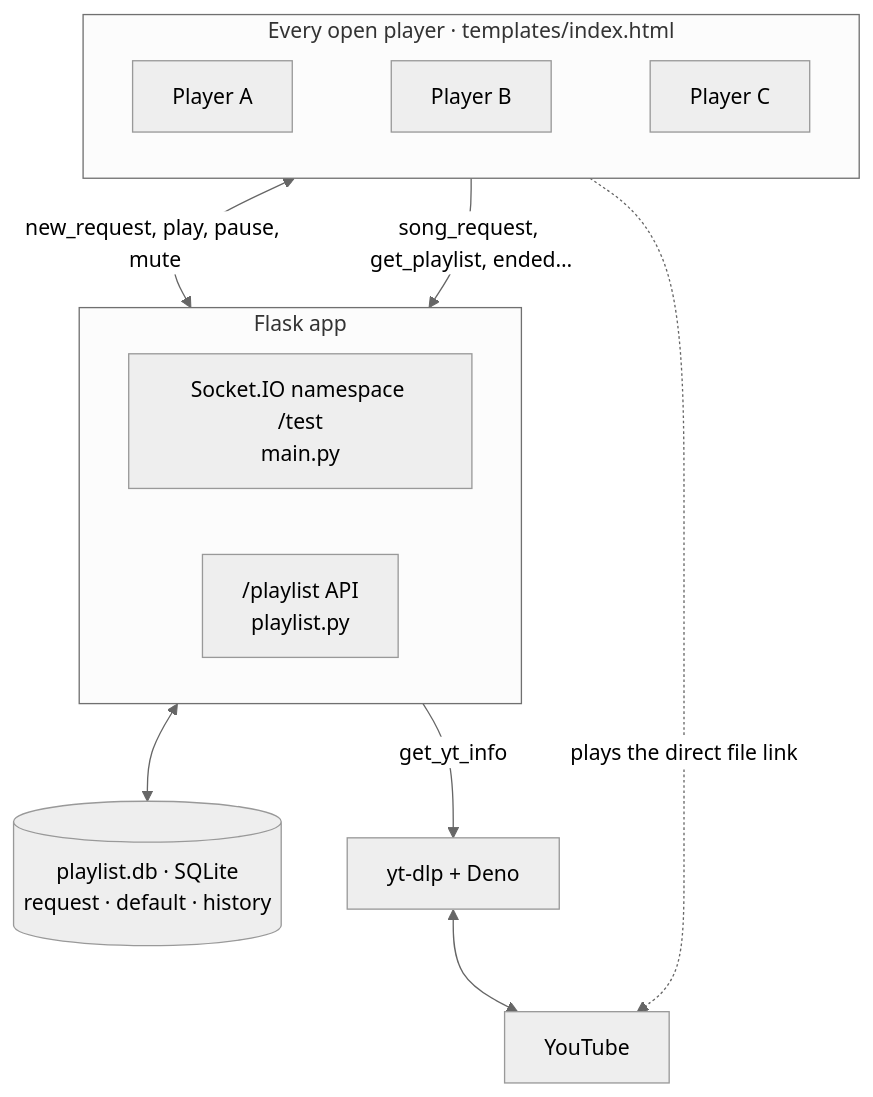
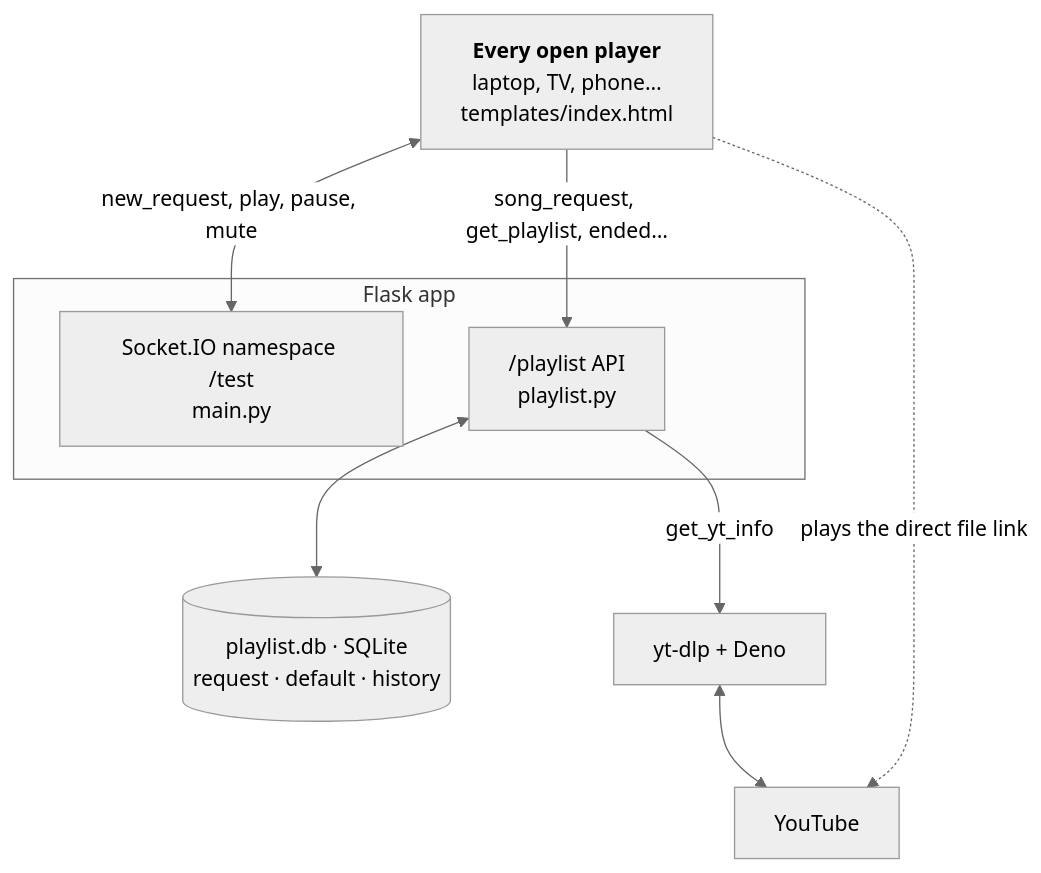
One commit to NatLee/youtube-redirect-player changed the second of 2 diagrams in README.md. Above: the diagram before and after it, drawn with Mermaid (neutral theme).

Commit message:
docs: draw the players as one box in the architecture diagram
GitHub's Mermaid stacked the three player boxes in a tall column. One box that says "every open player" carries the same idea in a third of the height.

````diff
--- a/README.md
+++ b/README.md
@@ -61,21 +61,17 @@
 ```mermaid
 flowchart TB
-    subgraph Screens["Every open player · templates/index.html"]
-        direction LR
-        P1["Player A"] ~~~ P2["Player B"] ~~~ P3["Player C"]
-    end
+    Screens["<b>Every open player</b><br/>laptop, TV, phone…<br/>templates/index.html"]
     subgraph App["Flask app"]
-        direction LR
         WS["Socket.IO namespace /test<br/>main.py"]
         API["/playlist API<br/>playlist.py"]
     end
     DB[("playlist.db · SQLite<br/>request · default · history")]
     Y["yt-dlp + Deno"]
     YT["YouTube"]
     Screens <-- "new_request, play, pause, mute" --> WS
     Screens -- "song_request, get_playlist, ended…" --> API
     API <--> DB
     API -- "get_yt_info" --> Y
     Y <--> YT
     Screens -. "plays the direct file link" .-> YT
 ```
````
